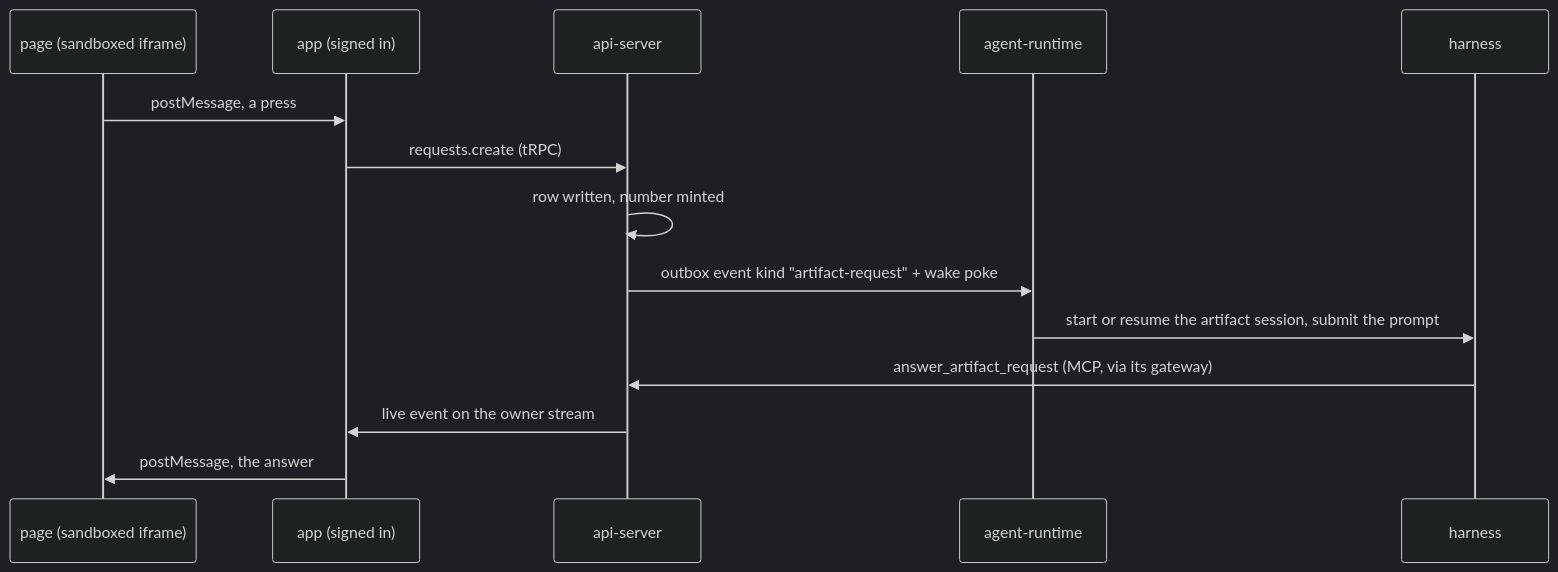
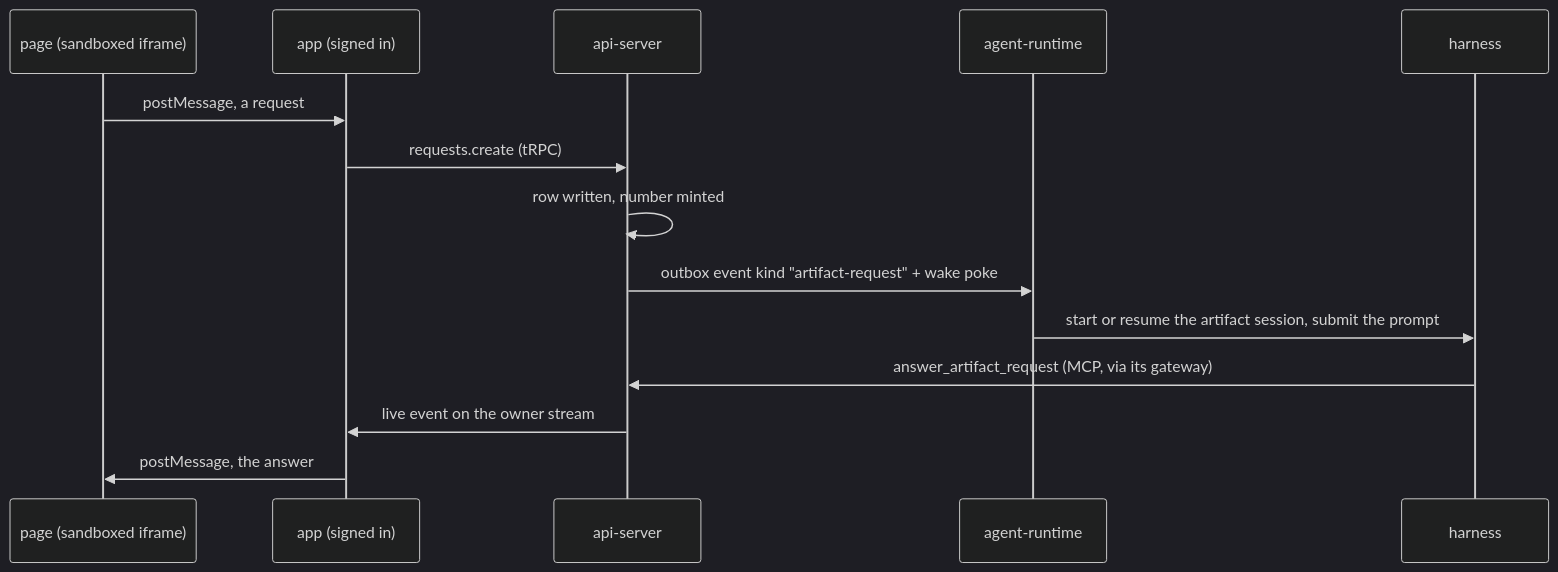
Before and after one commit to dam-agents/dam: the diagram in docs/plan/2887-interactive-artifacts/README.md, drawn with Mermaid (dark theme). The commit also changed other lines of this file and 30 other files, not shown here.

````diff
--- a/docs/plan/2887-interactive-artifacts/README.md
+++ b/docs/plan/2887-interactive-artifacts/README.md
@@ -45,17 +45,17 @@
 ```mermaid
 sequenceDiagram
   participant P as page (sandboxed iframe)
   participant A as app (signed in)
   participant S as api-server
   participant R as agent-runtime
   participant H as harness
 
-  P->>A: postMessage, a press
+  P->>A: postMessage, a request
   A->>S: requests.create (tRPC)
   S->>S: row written, number minted
   S->>R: outbox event kind "artifact-request" + wake poke
   R->>H: start or resume the artifact session, submit the prompt
   H->>S: answer_artifact_request (MCP, via its gateway)
   S->>A: live event on the owner stream
   A->>P: postMessage, the answer
 ```
````
